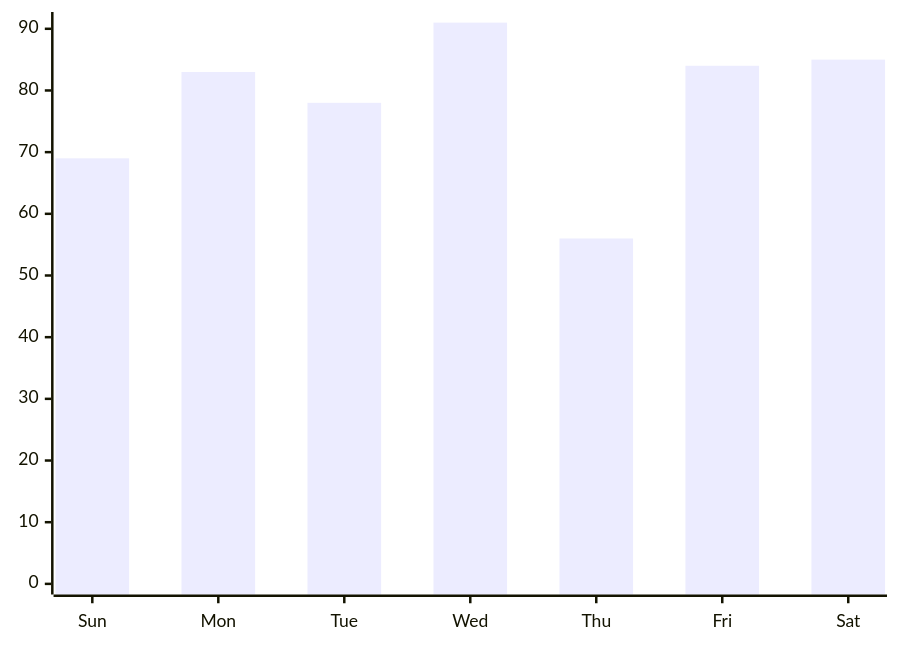
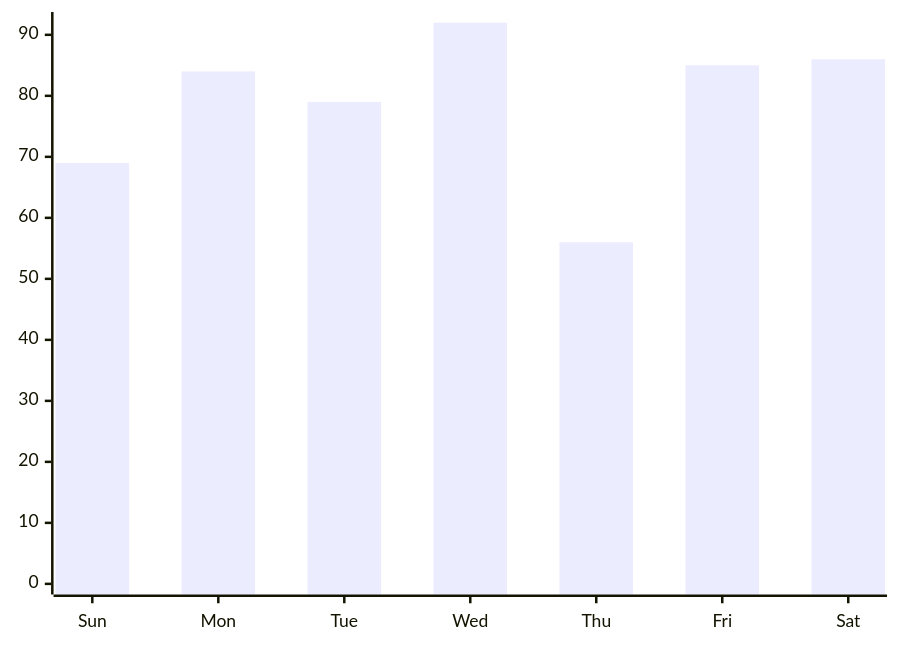
The fourth of 4 diagrams in index.stats.md (austrellum/navigator), drawn with Mermaid before and after one commit. The commit also changed other lines of this file and 7 other files, not shown here.

````diff
--- a/index.stats.md
+++ b/index.stats.md
@@ -40,6 +40,6 @@
 ```mermaid
 xychart-beta
   x-axis ["Sun","Mon","Tue","Wed","Thu","Fri","Sat"]
-  y-axis 0 --> 91
-  bar [69,83,78,91,56,84,85]
+  y-axis 0 --> 92
+  bar [69,84,79,92,56,85,86]
 ```
````
